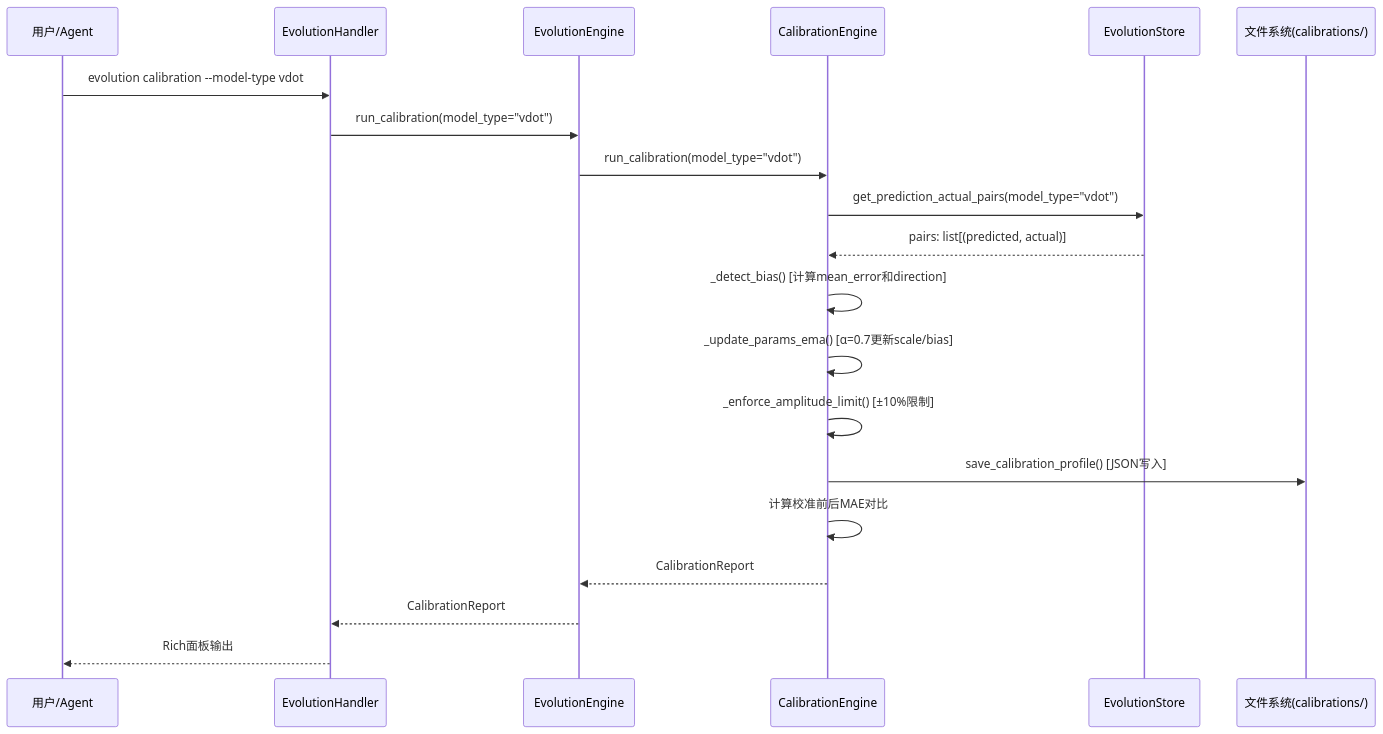
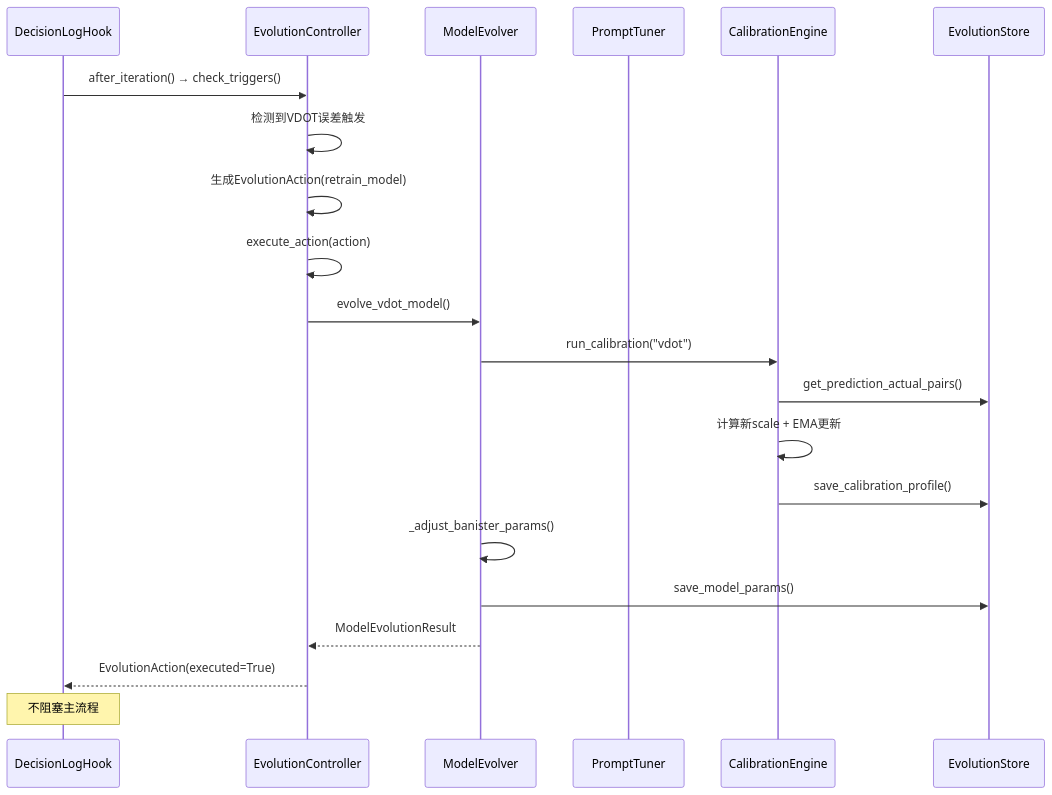
One commit to yecllsl/nanobot-runner changed the fourth of 6 diagrams in docs/architecture/架构设计说明书.md. Above: the diagram before and after it, drawn with Mermaid. The commit also changed other lines of this file and 3 other files, not shown here.

First line of the commit message:
docs: add v0.25.0 architecture review and task list documents

````diff
--- a/docs/architecture/架构设计说明书.md
+++ b/docs/architecture/架构设计说明书.md
@@ -1293,23 +1709,24 @@
 ```mermaid
 sequenceDiagram
-    participant User as 用户/Agent
-    participant Handler as EvolutionHandler
-    participant Engine as EvolutionEngine
+    participant Hook as DecisionLogHook
+    participant EC as EvolutionController
+    participant ME as ModelEvolver
+    participant PT as PromptTuner
     participant CE as CalibrationEngine
     participant Store as EvolutionStore
-    participant FS as 文件系统(calibrations/)
 
-    User->>Handler: evolution calibration --model-type vdot
-    Handler->>Engine: run_calibration(model_type="vdot")
-    Engine->>CE: run_calibration(model_type="vdot")
-    CE->>Store: get_prediction_actual_pairs(model_type="vdot")
-    Store-->>CE: pairs: list[(predicted, actual)]
-    CE->>CE: _detect_bias() [计算mean_error和direction]
-    CE->>CE: _update_params_ema() [α=0.7更新scale/bias]
-    CE->>CE: _enforce_amplitude_limit() [±10%限制]
-    CE->>FS: save_calibration_profile() [JSON写入]
-    CE->>CE: 计算校准前后MAE对比
-    CE-->>Engine: CalibrationReport
-    Engine-->>Handler: CalibrationReport
-    Handler-->>User: Rich面板输出
+    Hook->>EC: after_iteration() → check_triggers()
+    EC->>EC: 检测到VDOT误差触发
+    EC->>EC: 生成EvolutionAction(retrain_model)
+    EC->>EC: execute_action(action)
+    EC->>ME: evolve_vdot_model()
+    ME->>CE: run_calibration("vdot")
+    CE->>Store: get_prediction_actual_pairs()
+    CE->>CE: 计算新scale + EMA更新
+    CE->>Store: save_calibration_profile()
+    ME->>ME: _adjust_banister_params()
+    ME->>Store: save_model_params()
+    ME-->>EC: ModelEvolutionResult
+    EC-->>Hook: EvolutionAction(executed=True)
+    Note over Hook: 不阻塞主流程
 ```
````
